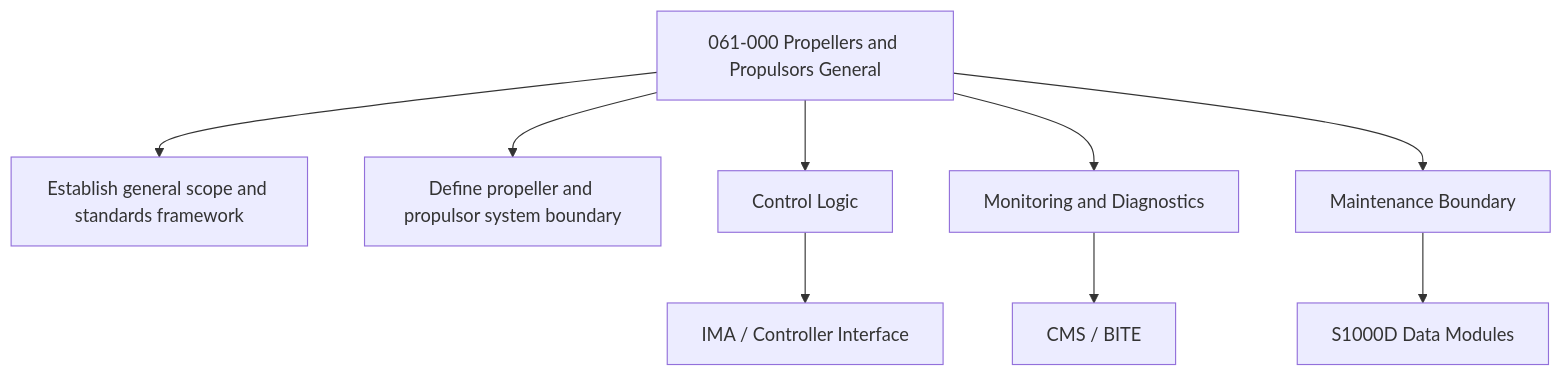
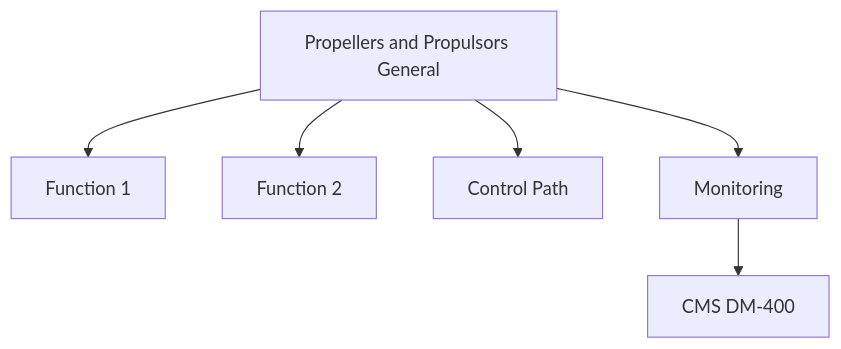
Before and after one commit to AmedeoPelliccia/Qplus-For-All-Queer-People-and-Quantum: the second of 2 diagrams in Q+ATLANTIDE/000-099_ATLAS/060-069_Propulsion-Tradicional/061_Propellers-and-Propulsors/061-000-Propellers-and-Propulsors-General.md, drawn with Mermaid. The commit also changed other lines of this file and 74 other files, not shown here.

````diff
--- a/Q+ATLANTIDE/000-099_ATLAS/060-069_Propulsion-Tradicional/061_Propellers-and-Propulsors/061-000-Propellers-and-Propulsors-General.md
+++ b/Q+ATLANTIDE/000-099_ATLAS/060-069_Propulsion-Tradicional/061_Propellers-and-Propulsors/061-000-Propellers-and-Propulsors-General.md
@@ -172,11 +100,8 @@
 ```mermaid
 flowchart TB
-    SYS[061-000 Propellers and Propulsors General] --> F1[Establish general scope and standards framework]
-    SYS --> F2[Define propeller and propulsor system boundary]
-    SYS --> CTRL[Control Logic]
-    SYS --> MON[Monitoring and Diagnostics]
-    SYS --> MAINT[Maintenance Boundary]
-    CTRL --> IMA[IMA / Controller Interface]
-    MON --> CMS[CMS / BITE]
-    MAINT --> CSDB[S1000D Data Modules]
+    SYS[Propellers and Propulsors General] --> F1[Function 1]
+    SYS --> F2[Function 2]
+    SYS --> CTRL[Control Path]
+    SYS --> MON[Monitoring]
+    MON --> CMS[CMS DM-400]
 ```
````
